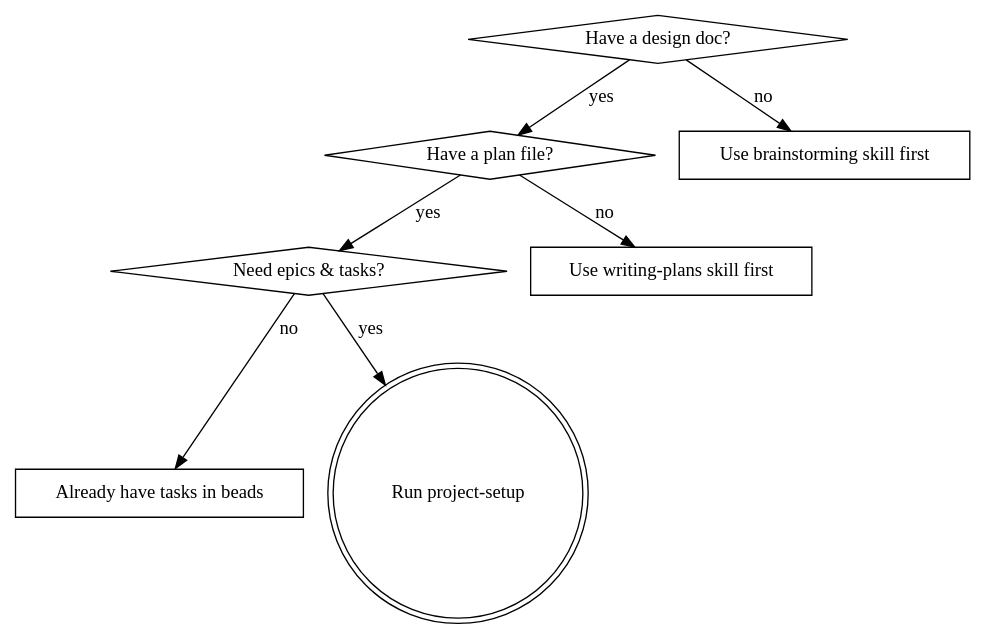
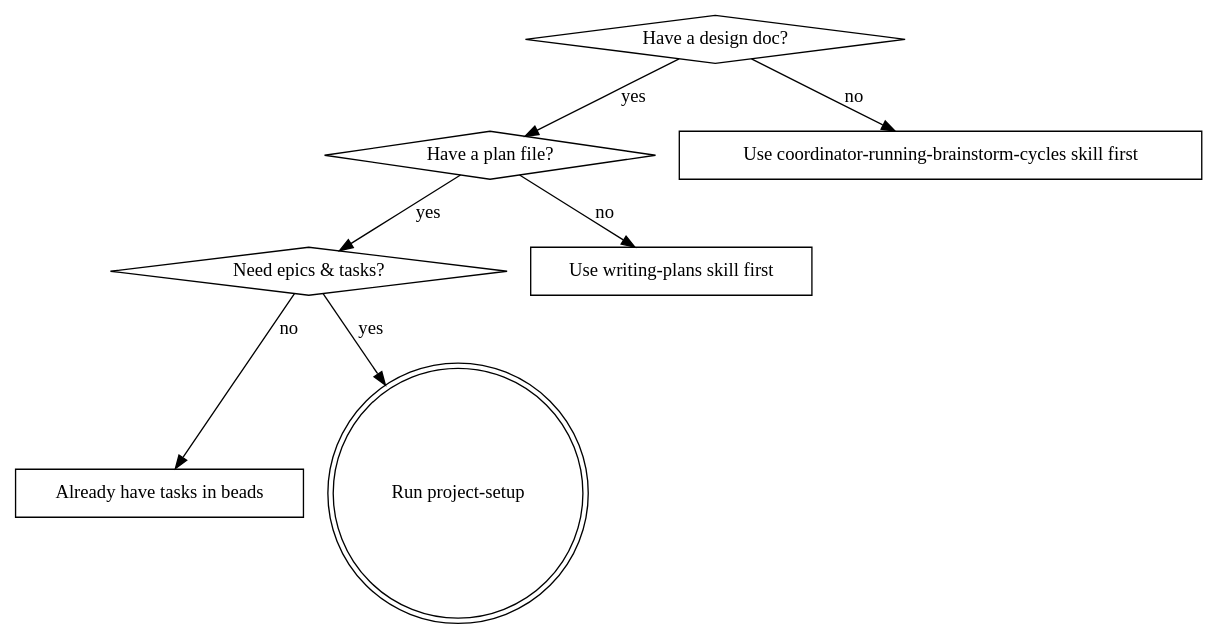
The diagram in claude-plugin/skills/project-setup/SKILL.md (leonletto/thrum), drawn with Graphviz before and after one commit. The commit also changed other lines of this file and 13 other files, not shown here.

````diff
--- a/claude-plugin/skills/project-setup/SKILL.md
+++ b/claude-plugin/skills/project-setup/SKILL.md
@@ -22,18 +22,18 @@
 ```dot
 digraph when_to_use {
     "Have a design doc?" [shape=diamond];
     "Have a plan file?" [shape=diamond];
     "Need epics & tasks?" [shape=diamond];
-    "Use brainstorming skill first" [shape=box];
+    "Use coordinator-running-brainstorm-cycles skill first" [shape=box];
     "Use writing-plans skill first" [shape=box];
     "Already have tasks in beads" [shape=box];
     "Run project-setup" [shape=doublecircle];
 
-    "Have a design doc?" -> "Use brainstorming skill first" [label="no"];
+    "Have a design doc?" -> "Use coordinator-running-brainstorm-cycles skill first" [label="no"];
     "Have a design doc?" -> "Have a plan file?" [label="yes"];
     "Have a plan file?" -> "Use writing-plans skill first" [label="no"];
     "Have a plan file?" -> "Need epics & tasks?" [label="yes"];
     "Need epics & tasks?" -> "Already have tasks in beads" [label="no"];
     "Need epics & tasks?" -> "Run project-setup" [label="yes"];
 }
 ```
````
